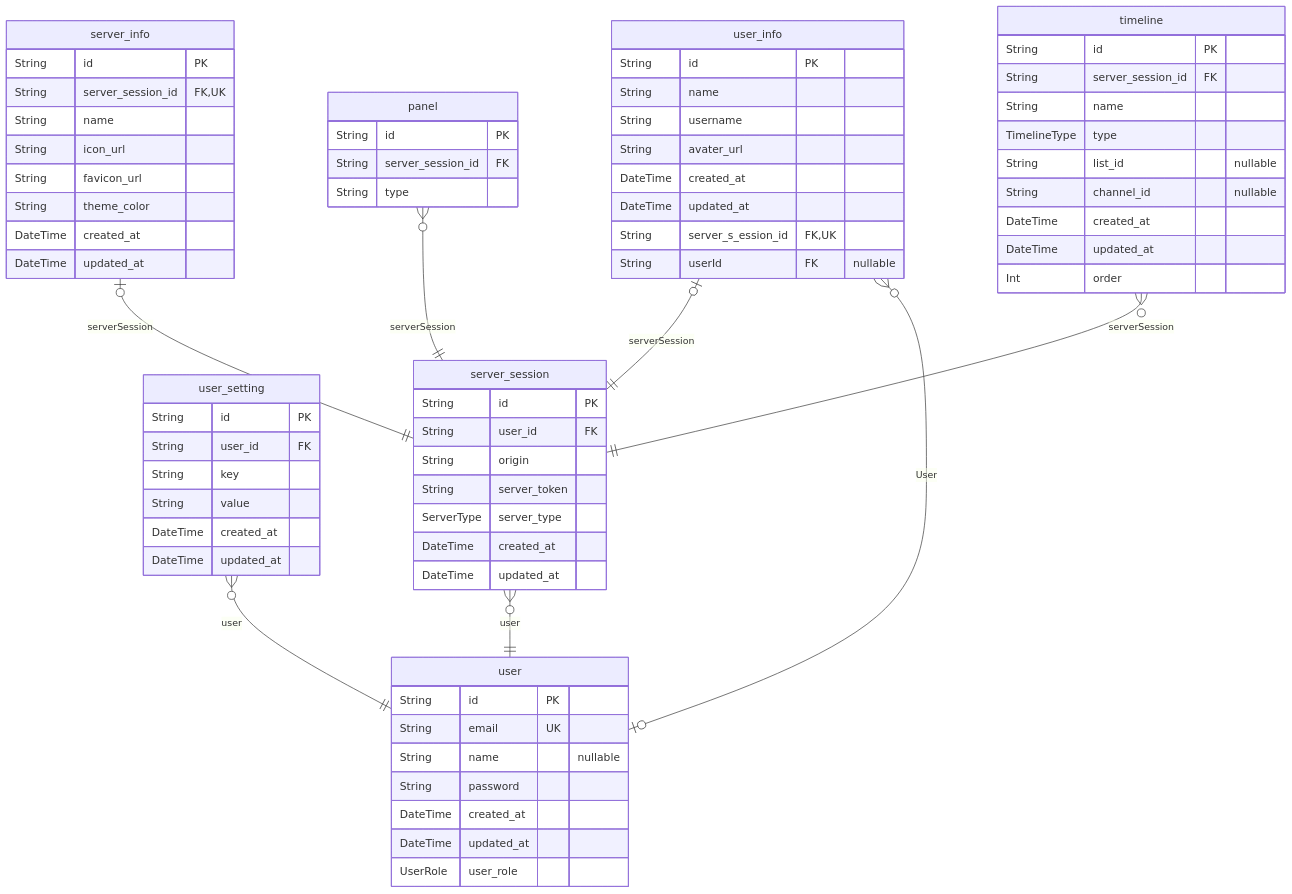
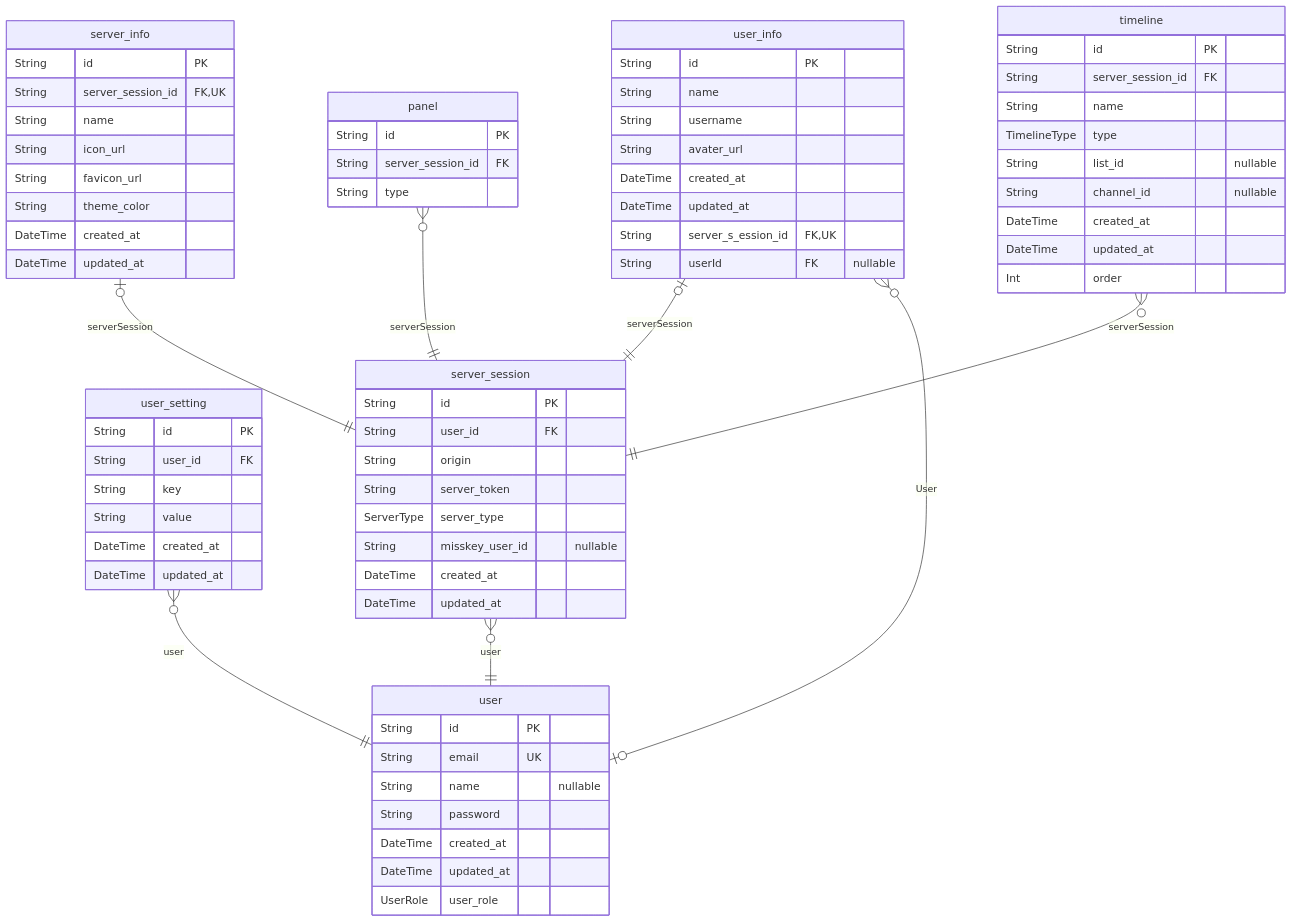
One commit to mochi-sann/mi-deck changed the diagram in apps/server/prisma/ERD.md. Above: the diagram before and after it, drawn with Mermaid. The commit also changed other lines of this file and 4 other files, not shown here.

````diff
--- a/apps/server/prisma/ERD.md
+++ b/apps/server/prisma/ERD.md
@@ -7,72 +7,73 @@
 ```mermaid
 erDiagram
 "user" {
   String id PK
   String email UK
   String name "nullable"
   String password
   DateTime created_at
   DateTime updated_at
   UserRole user_role
 }
 "user_setting" {
   String id PK
   String user_id FK
   String key
   String value
   DateTime created_at
   DateTime updated_at
 }
 "server_session" {
   String id PK
   String user_id FK
   String origin
   String server_token
   ServerType server_type
+  String misskey_user_id "nullable"
   DateTime created_at
   DateTime updated_at
 }
 "server_info" {
   String id PK
   String server_session_id FK,UK
   String name
   String icon_url
   String favicon_url
   String theme_color
   DateTime created_at
   DateTime updated_at
 }
 "user_info" {
   String id PK
   String name
   String username
   String avater_url
   DateTime created_at
   DateTime updated_at
   String server_s_ession_id FK,UK
   String userId FK "nullable"
 }
 "panel" {
   String id PK
   String server_session_id FK
   String type
 }
 "timeline" {
   String id PK
   String server_session_id FK
   String name
   TimelineType type
   String list_id "nullable"
   String channel_id "nullable"
   DateTime created_at
   DateTime updated_at
   Int order
 }
 "user_setting" }o--|| "user" : user
 "server_session" }o--|| "user" : user
 "server_info" |o--|| "server_session" : serverSession
 "user_info" |o--|| "server_session" : serverSession
 "user_info" }o--o| "user" : User
 "panel" }o--|| "server_session" : serverSession
 "timeline" }o--|| "server_session" : serverSession
 ```
````
